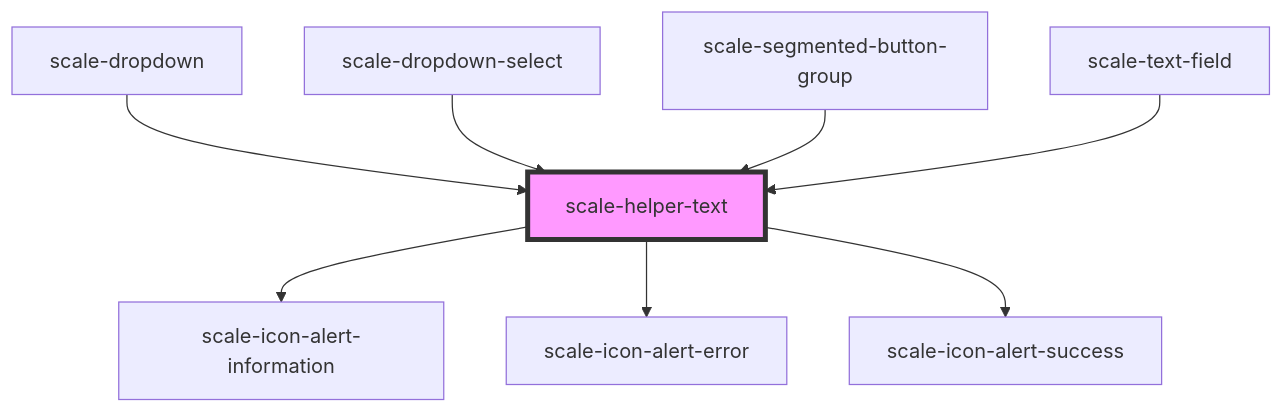
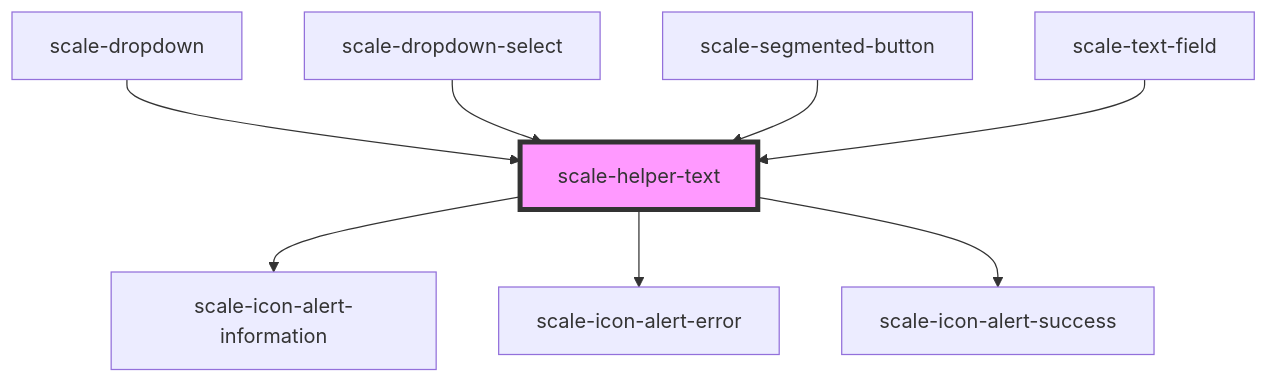
One commit to telekom/scale changed the diagram in packages/components/src/components/helper-text/readme.md. Above: the diagram before and after it, drawn with Mermaid. The commit also changed other lines of this file and 24 other files, not shown here.

Commit message:
refactor: renaming segmented-button to segment and segmented-button-group to segmented-button

````diff
--- a/packages/components/src/components/helper-text/readme.md
+++ b/packages/components/src/components/helper-text/readme.md
@@ -49,11 +49,11 @@
 ```mermaid
 graph TD;
   scale-helper-text --> scale-icon-alert-information
   scale-helper-text --> scale-icon-alert-error
   scale-helper-text --> scale-icon-alert-success
   scale-dropdown --> scale-helper-text
   scale-dropdown-select --> scale-helper-text
-  scale-segmented-button-group --> scale-helper-text
+  scale-segmented-button --> scale-helper-text
   scale-text-field --> scale-helper-text
   style scale-helper-text fill:#f9f,stroke:#333,stroke-width:4px
 ```
````
